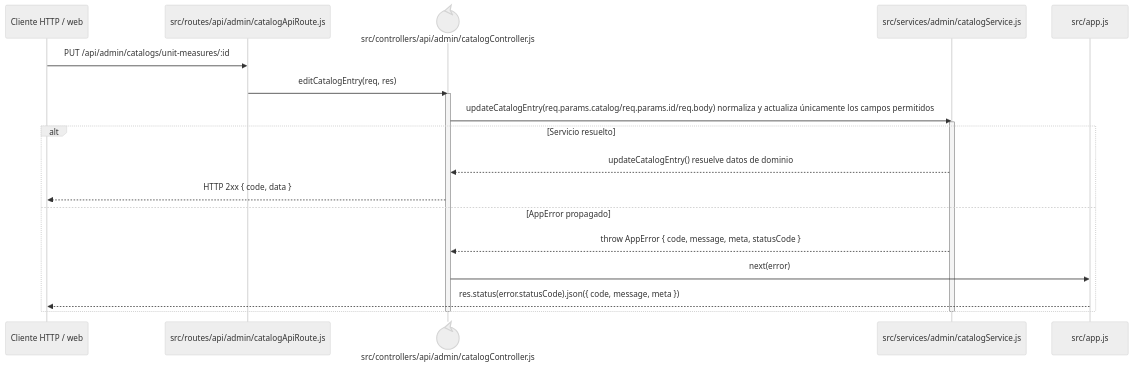
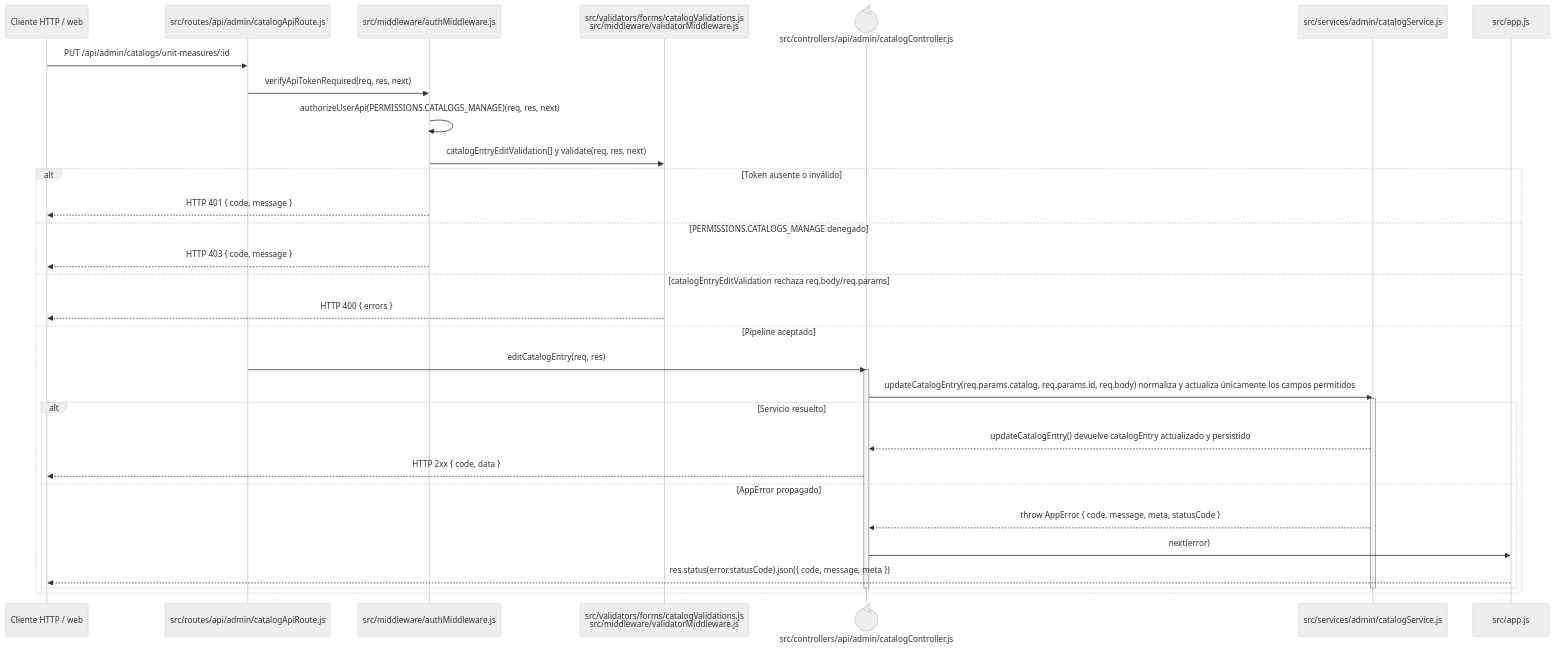
One commit to gpgsistemas01/nexus changed the diagram in docs/architecture/backend-code-sequences/catalogs/cu-cat-20.md. Above: the diagram before and after it, drawn with Mermaid (neutral theme). The commit also changed 102 other files, not shown here.

````diff
--- a/docs/architecture/backend-code-sequences/catalogs/cu-cat-20.md
+++ b/docs/architecture/backend-code-sequences/catalogs/cu-cat-20.md
@@ -6,24 +6,37 @@
 ```mermaid
 sequenceDiagram
     participant Client as Cliente HTTP / web
     participant Route as src/routes/api/admin/catalogApiRoute.js
+    participant Auth as src/middleware/authMiddleware.js
+    participant Validator as src/validators/forms/catalogValidations.js<br/>src/middleware/validatorMiddleware.js
     participant Controller@{ "type": "control" } as src/controllers/api/admin/catalogController.js
     participant Domain as src/services/admin/catalogService.js
     participant ErrorHandler as src/app.js
 
     Client->>Route: PUT /api/admin/catalogs/unit-measures/:id
-    Route->>Controller: editCatalogEntry(req, res)
-    activate Controller
-    Controller->>Domain: updateCatalogEntry(req.params.catalog/req.params.id/req.body) normaliza y actualiza únicamente los campos permitidos
-    activate Domain
-    alt Servicio resuelto
-        Domain-->>Controller: updateCatalogEntry() resuelve datos de dominio
-        Controller-->>Client: HTTP 2xx { code, data }
-    else AppError propagado
-        Domain-->>Controller: throw AppError { code, message, meta, statusCode }
-        Controller->>ErrorHandler: next(error)
-        ErrorHandler-->>Client: res.status(error.statusCode).json({ code, message, meta })
+    Route->>Auth: verifyApiTokenRequired(req, res, next)
+    Auth->>Auth: authorizeUserApi(PERMISSIONS.CATALOGS_MANAGE)(req, res, next)
+    Auth->>Validator: catalogEntryEditValidation[] y validate(req, res, next)
+    alt Token ausente o inválido
+        Auth-->>Client: HTTP 401 { code, message }
+    else PERMISSIONS.CATALOGS_MANAGE denegado
+        Auth-->>Client: HTTP 403 { code, message }
+    else catalogEntryEditValidation rechaza req.body/req.params
+        Validator-->>Client: HTTP 400 { errors }
+    else Pipeline aceptado
+        Route->>Controller: editCatalogEntry(req, res)
+        activate Controller
+        Controller->>Domain: updateCatalogEntry(req.params.catalog, req.params.id, req.body) normaliza y actualiza únicamente los campos permitidos
+        activate Domain
+        alt Servicio resuelto
+            Domain-->>Controller: updateCatalogEntry() devuelve catalogEntry actualizado y persistido
+            Controller-->>Client: HTTP 2xx { code, data }
+        else AppError propagado
+            Domain-->>Controller: throw AppError { code, message, meta, statusCode }
+            Controller->>ErrorHandler: next(error)
+            ErrorHandler-->>Client: res.status(error.statusCode).json({ code, message, meta })
+        end
+        deactivate Domain
+        deactivate Controller
     end
-    deactivate Domain
-    deactivate Controller
 ```
````
